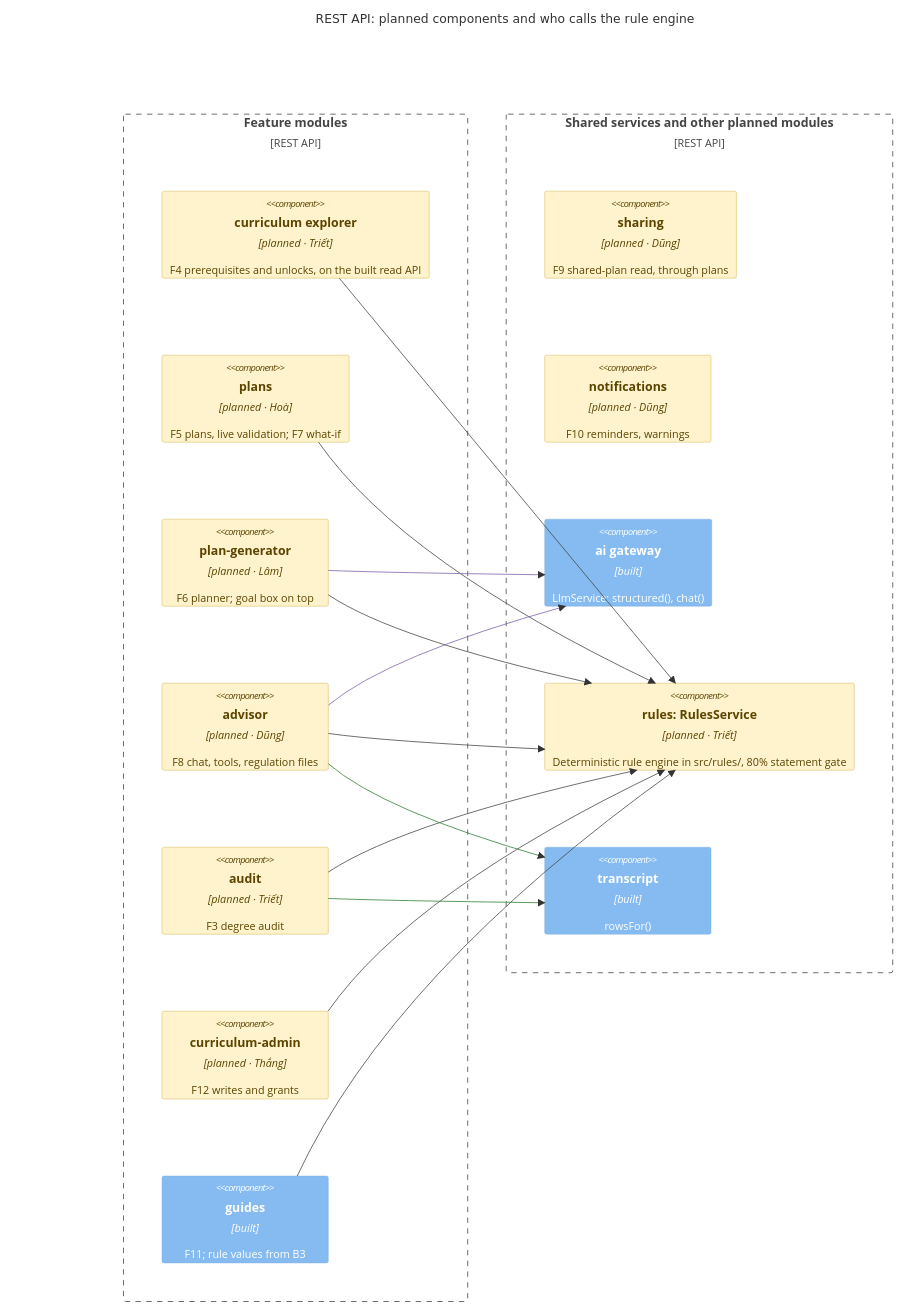
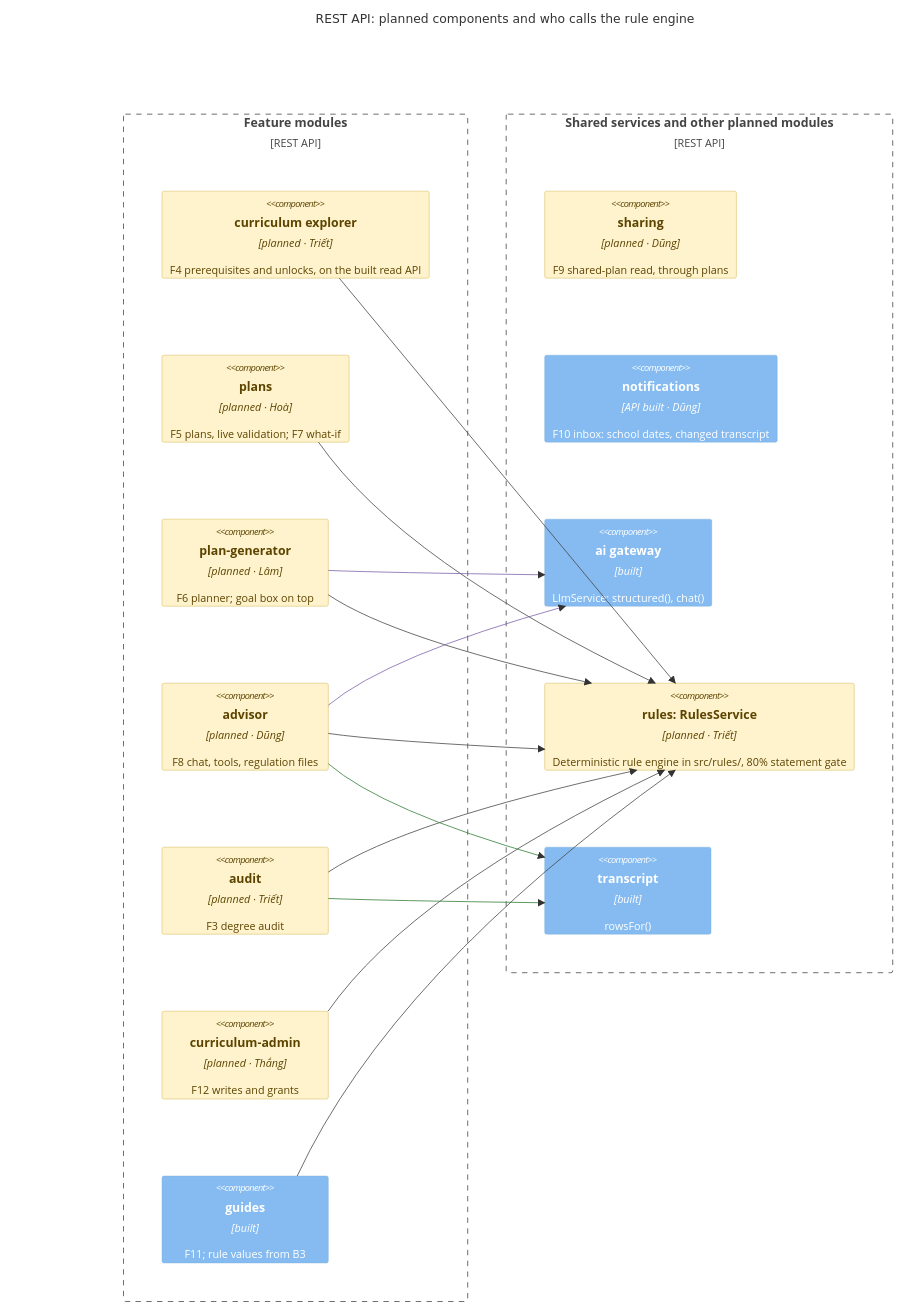
Before and after one commit to LLaammTTeerr/omnicourses: the fourth of 5 diagrams in docs/analysis-and-design/architecture.md, drawn with Mermaid. The commit also changed 3 other files, not shown here.

First line of the commit message:
docs: draw the notification inbox where texts said not built

````diff
--- a/docs/analysis-and-design/architecture.md
+++ b/docs/analysis-and-design/architecture.md
@@ -190,49 +190,48 @@
 ```mermaid
 C4Component
   title REST API: planned components and who calls the rule engine
   UpdateLayoutConfig($c4ShapeInRow="1", $c4BoundaryInRow="2")
 
   Boundary(callers, "Feature modules", "REST API") {
     Component(explorer, "curriculum explorer", "planned · Triết", "F4 prerequisites and unlocks, on the built read API")
     Component(plans, "plans", "planned · Hoà", "F5 plans, live validation; F7 what-if")
     Component(plangen, "plan-generator", "planned · Lâm", "F6 planner; goal box on top")
     Component(advisor, "advisor", "planned · Dũng", "F8 chat, tools, regulation files")
     Component(audit, "audit", "planned · Triết", "F3 degree audit")
     Component(admin, "curriculum-admin", "planned · Thắng", "F12 writes and grants")
     Component(guides, "guides", "built", "F11; rule values from B3")
   }
   Boundary(core, "Shared services and other planned modules", "REST API") {
     Component(sharing, "sharing", "planned · Dũng", "F9 shared-plan read, through plans")
-    Component(notifications, "notifications", "planned · Dũng", "F10 reminders, warnings")
+    Component(notifications, "notifications", "API built · Dũng", "F10 inbox: school dates, changed transcript")
     Component(ai, "ai gateway", "built", "LlmService: structured(), chat()")
     Component(rules, "rules: RulesService", "planned · Triết", "Deterministic rule engine in src/rules/, 80% statement gate")
     Component(transcript, "transcript", "built", "rowsFor()")
   }
 
   Rel(explorer, rules, "")
   Rel(guides, rules, "")
   Rel(plans, rules, "")
   Rel(plangen, rules, "")
   Rel(advisor, rules, "")
   Rel(audit, rules, "")
   Rel(admin, rules, "")
   Rel(plangen, ai, "")
   Rel(advisor, ai, "")
   Rel(audit, transcript, "")
   Rel(advisor, transcript, "")
 
   UpdateRelStyle(plangen, ai, $lineColor="#7b61a8")
   UpdateRelStyle(advisor, ai, $lineColor="#7b61a8")
   UpdateRelStyle(audit, transcript, $lineColor="#2e7d32")
   UpdateRelStyle(advisor, transcript, $lineColor="#2e7d32")
 
   UpdateElementStyle(audit, $bgColor="#fff3cd", $fontColor="#5c4400", $borderColor="#c9a227")
   UpdateElementStyle(explorer, $bgColor="#fff3cd", $fontColor="#5c4400", $borderColor="#c9a227")
   UpdateElementStyle(plans, $bgColor="#fff3cd", $fontColor="#5c4400", $borderColor="#c9a227")
   UpdateElementStyle(plangen, $bgColor="#fff3cd", $fontColor="#5c4400", $borderColor="#c9a227")
   UpdateElementStyle(rules, $bgColor="#fff3cd", $fontColor="#5c4400", $borderColor="#c9a227")
   UpdateElementStyle(advisor, $bgColor="#fff3cd", $fontColor="#5c4400", $borderColor="#c9a227")
   UpdateElementStyle(admin, $bgColor="#fff3cd", $fontColor="#5c4400", $borderColor="#c9a227")
   UpdateElementStyle(sharing, $bgColor="#fff3cd", $fontColor="#5c4400", $borderColor="#c9a227")
-  UpdateElementStyle(notifications, $bgColor="#fff3cd", $fontColor="#5c4400", $borderColor="#c9a227")
 ```
````
